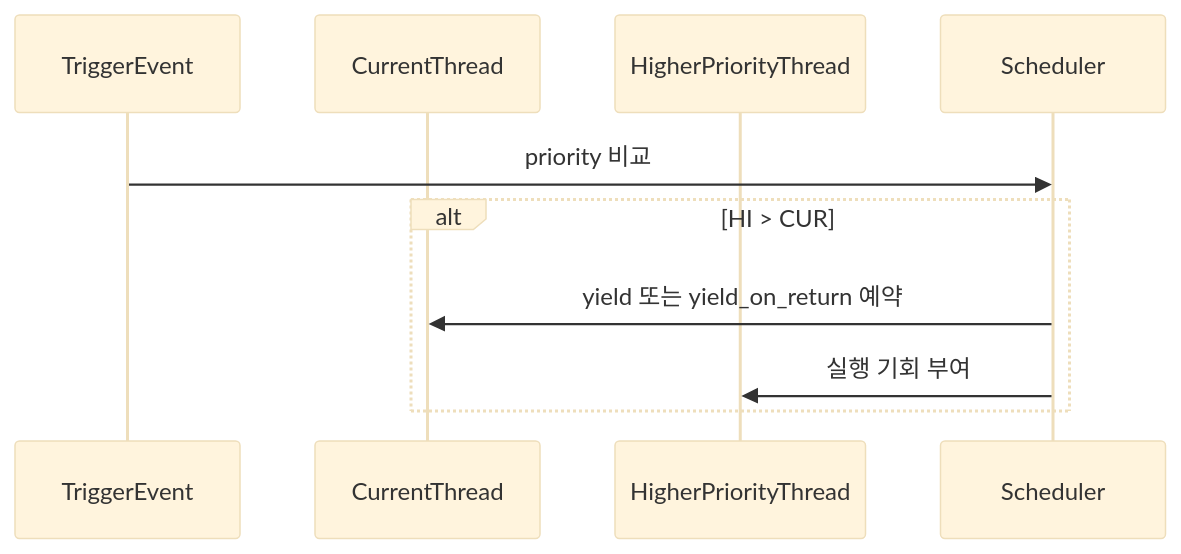
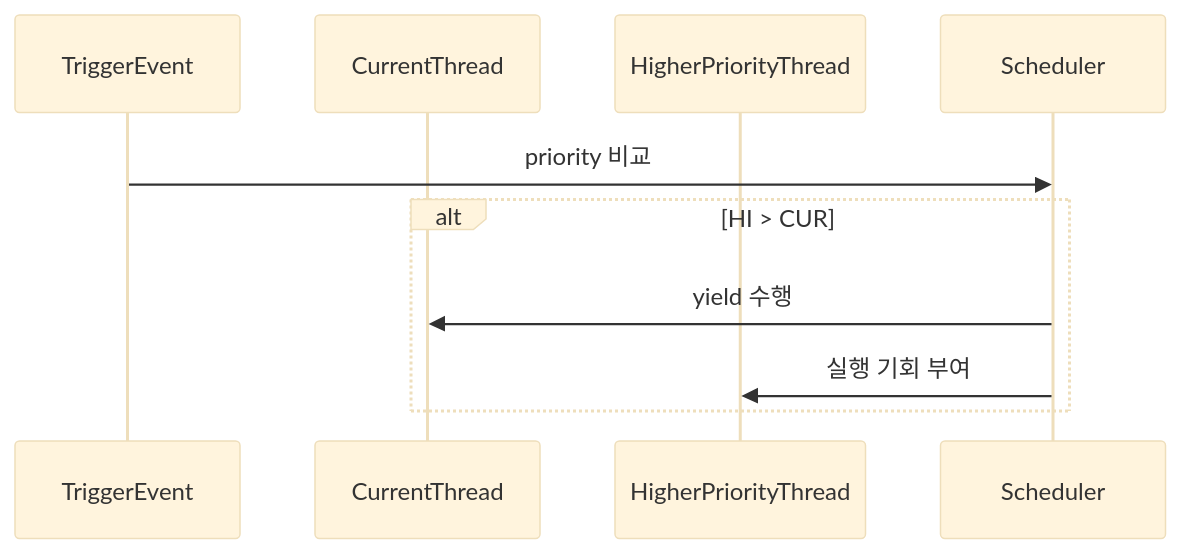
The diagram in pintos/doc/taejung_files/1. week1/study/2. test-notes/2. Priority-Scheduling/1. feature/03-feature-preemption-triggers.md (tail1887/PINTOS-VM), drawn with Mermaid (base theme) before and after one commit. The commit also changed other lines of this file, not shown here.

````diff
--- a/pintos/doc/taejung_files/1. week1/study/2. test-notes/2. Priority-Scheduling/1. feature/03-feature-preemption-triggers.md
+++ b/pintos/doc/taejung_files/1. week1/study/2. test-notes/2. Priority-Scheduling/1. feature/03-feature-preemption-triggers.md
@@ -26,13 +26,13 @@
 ```mermaid
 sequenceDiagram
   participant EVT as TriggerEvent
   participant CUR as CurrentThread
   participant HI as HigherPriorityThread
   participant SCH as Scheduler
 
   EVT->>SCH: priority 비교
   alt HI > CUR
-    SCH->>CUR: yield 또는 yield_on_return 예약
+    SCH->>CUR: yield 수행
     SCH->>HI: 실행 기회 부여
   end
 ```
````
